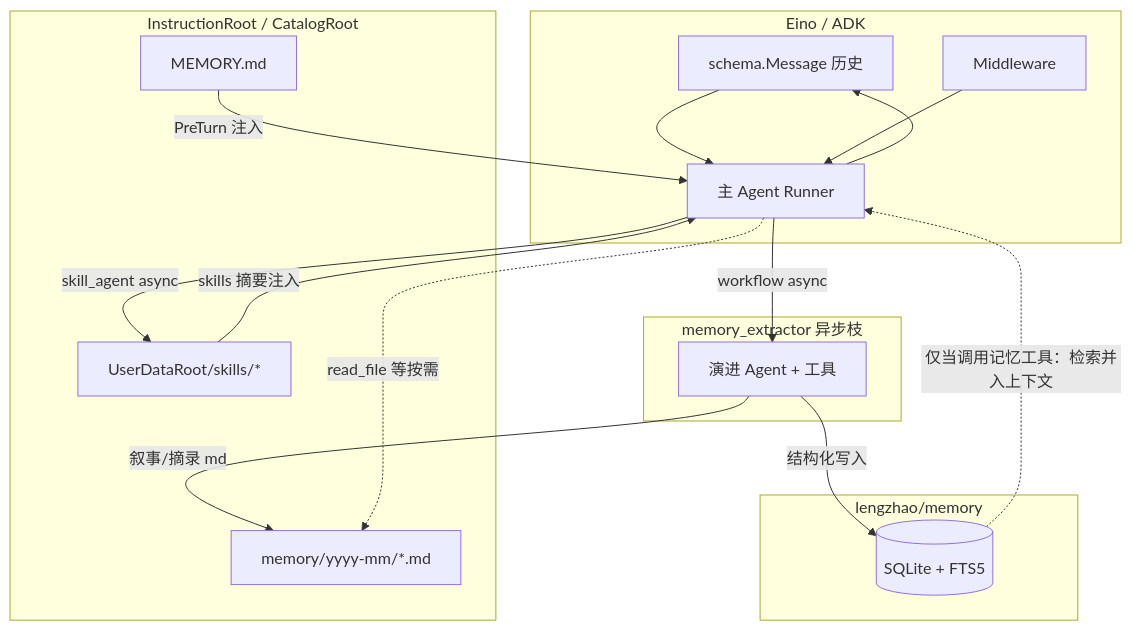
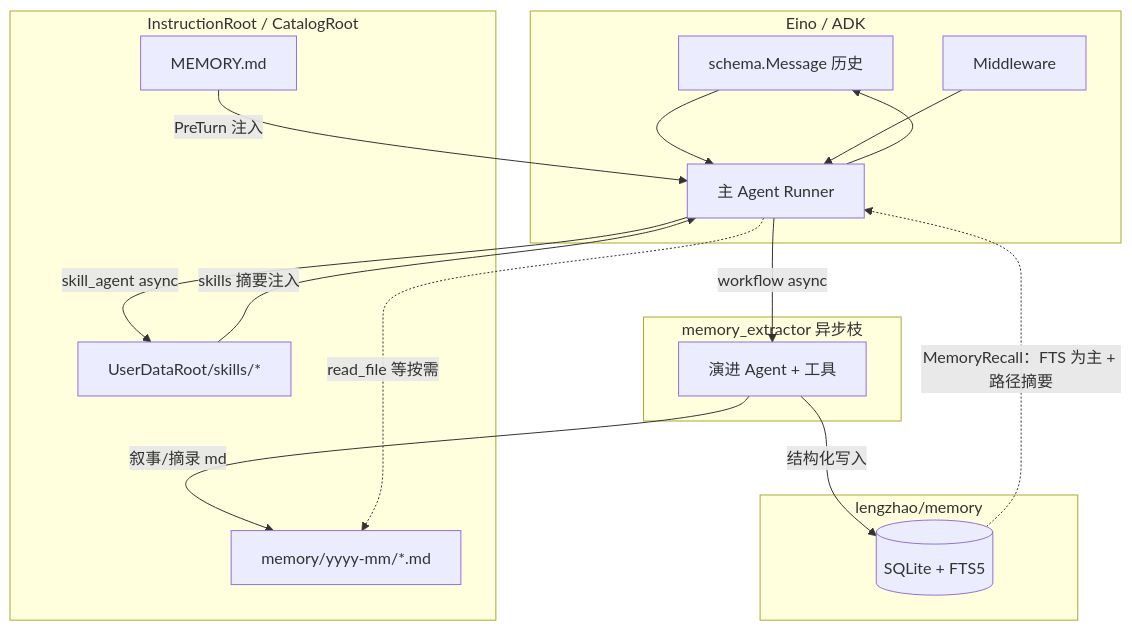
One commit to lengzhao/oneclaw changed the diagram in docs/memory-and-session.md. Above: the diagram before and after it, drawn with Mermaid. The commit also changed other lines of this file and 77 other files, not shown here.

````diff
--- a/docs/memory-and-session.md
+++ b/docs/memory-and-session.md
@@ -103,30 +103,30 @@
 ```mermaid
 flowchart TB
   subgraph eino_layer [Eino / ADK]
     MSG["schema.Message 历史"]
     RUN["主 Agent Runner"]
     MW["Middleware"]
   end
   subgraph post [memory_extractor 异步枝]
     EXT["演进 Agent + 工具"]
   end
   subgraph sqlite_pkg [lengzhao/memory]
     DB[("SQLite + FTS5")]
   end
   subgraph files [InstructionRoot / CatalogRoot]
     MEM1["MEMORY.md"]
     MM["memory/yyyy-mm/*.md"]
     SK["UserDataRoot/skills/*"]
   end
   MSG --> RUN
   MW --> RUN
   RUN --> MSG
   MEM1 -->|"PreTurn 注入"| RUN
   SK -->|"skills 摘要注入"| RUN
   RUN -->|"workflow async"| EXT
   EXT -->|"结构化写入"| DB
   EXT -->|"叙事/摘录 md"| MM
   RUN -.->|"read_file 等按需"| MM
-  DB -.->|"仅当调用记忆工具：检索并入上下文"| RUN
+  DB -.->|"MemoryRecall：FTS 为主 + 路径摘要"| RUN
   RUN -->|"skill_agent async"| SK
 ```
````
